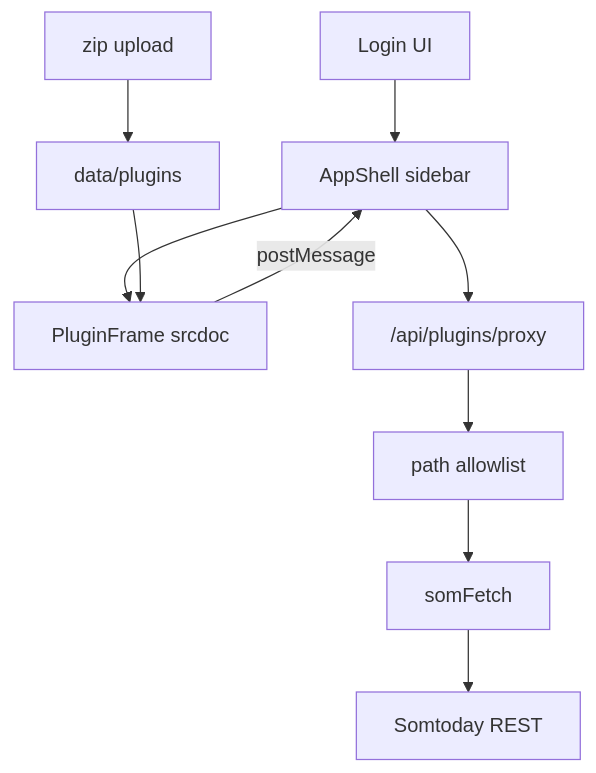
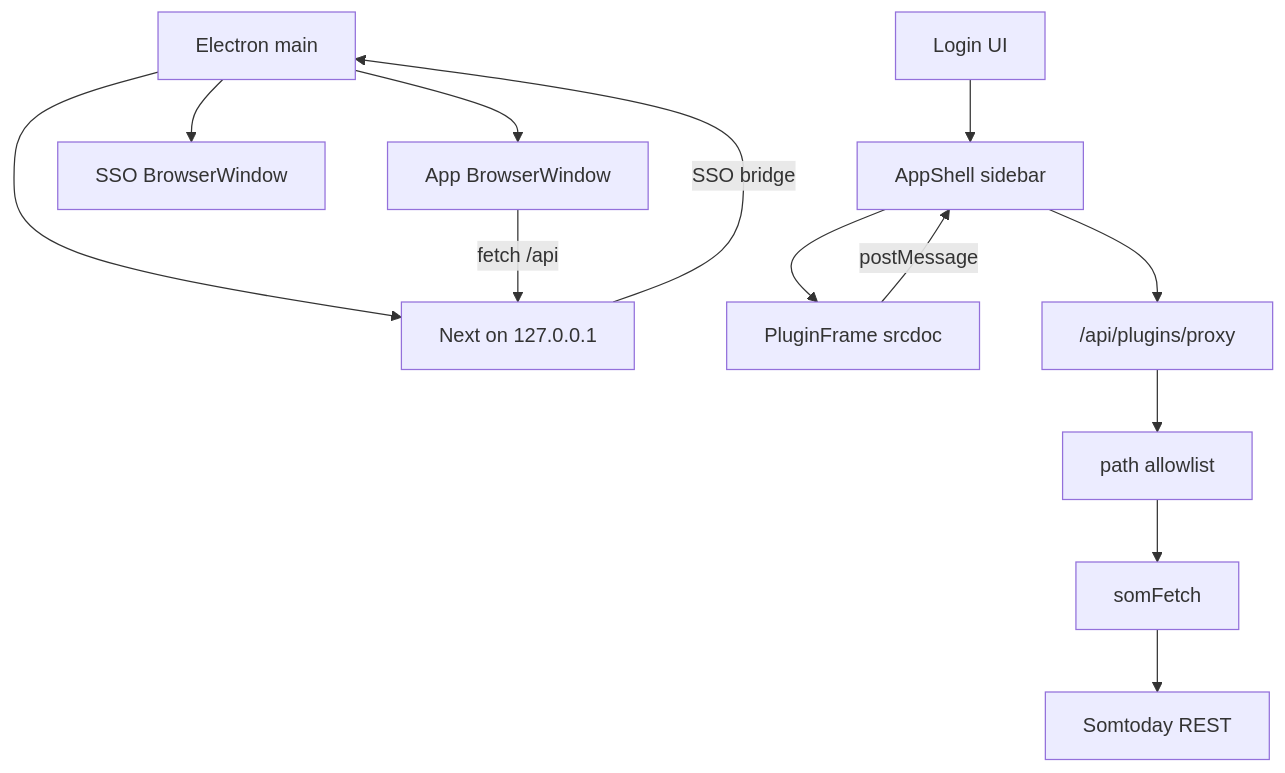
The diagram in AGENTS.md (Samhij/somtoday-login), drawn with Mermaid before and after one commit. The commit also changed other lines of this file and 30 other files, not shown here.

````diff
--- a/AGENTS.md
+++ b/AGENTS.md
@@ -46,12 +56,19 @@
 ```mermaid
 flowchart TB
+  Main[Electron main]
+  Next[Next on 127.0.0.1]
+  UI[App BrowserWindow]
+  SSO[SSO BrowserWindow]
   Login[Login UI] --> Shell[AppShell sidebar]
   Shell --> Frame[PluginFrame srcdoc]
   Frame -->|postMessage| Shell
   Shell --> Proxy["/api/plugins/proxy"]
   Proxy --> Allow[path allowlist]
   Allow --> SomFetch[somFetch]
   SomFetch --> Somtoday[Somtoday REST]
-  Upload[zip upload] --> Registry[data/plugins]
-  Registry --> Frame
+  Main --> Next
+  Main --> UI
+  UI -->|fetch /api| Next
+  Next -->|SSO bridge| Main
+  Main --> SSO
 ```
````
